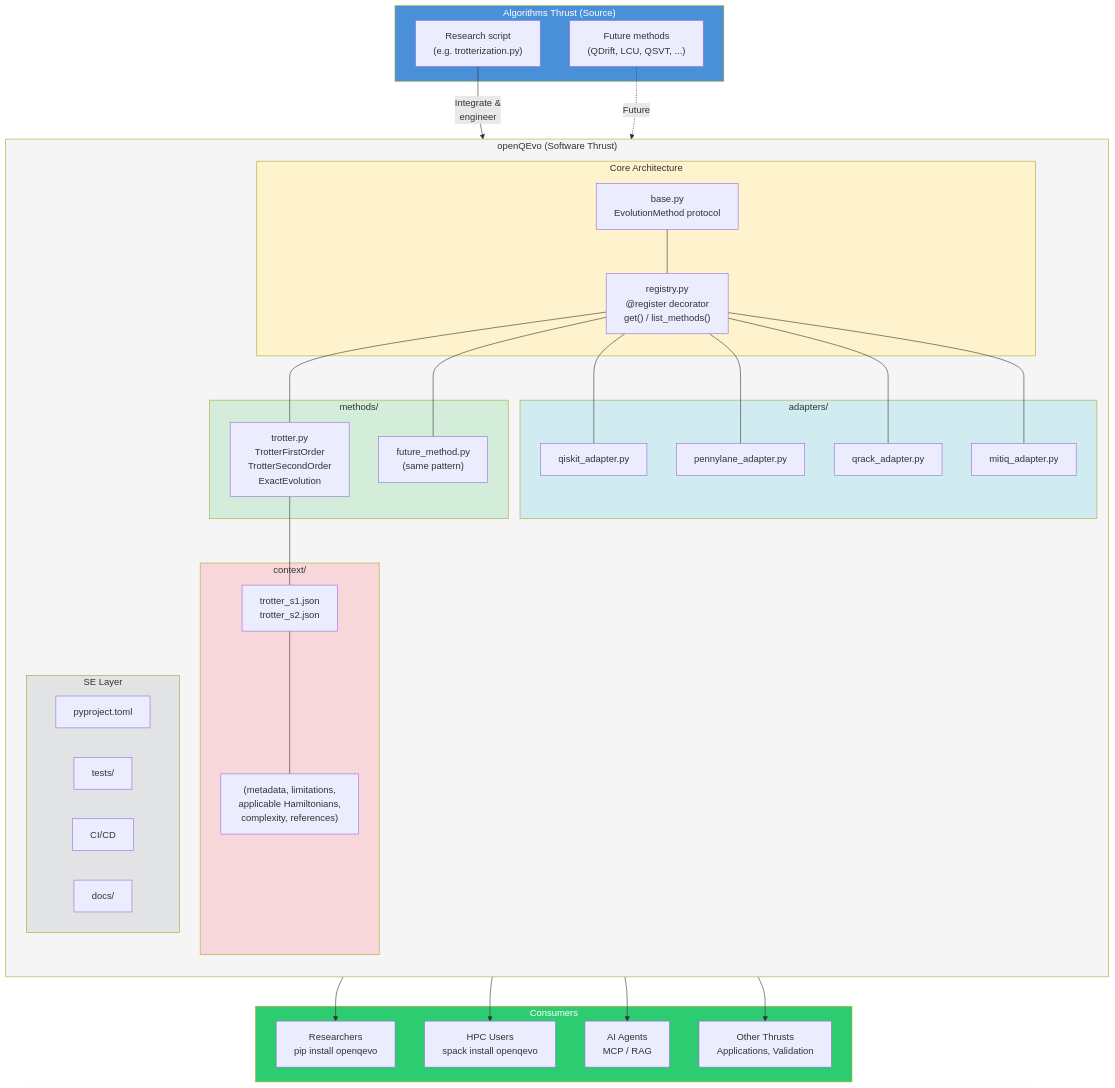
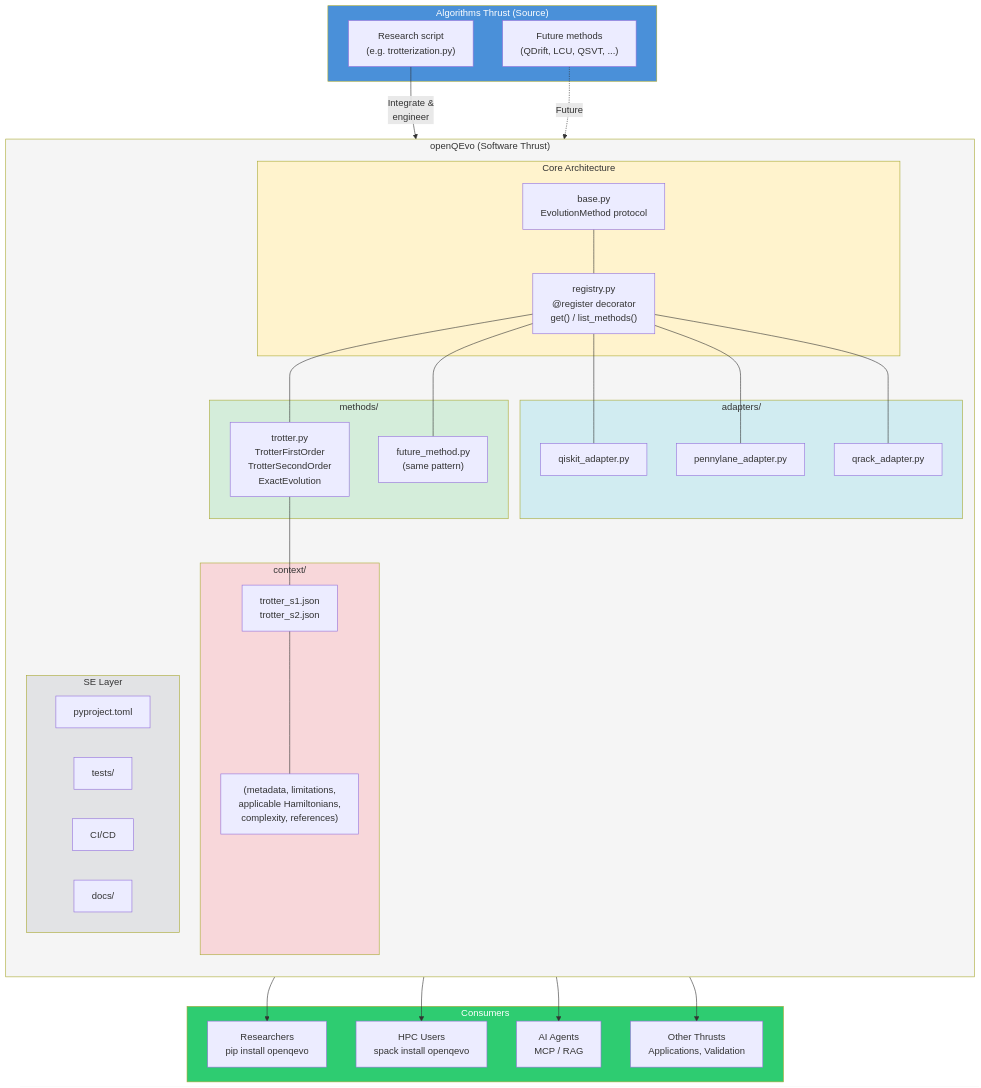
One commit to QSCSoftwareEcosystem/OpenQEvo changed the first of 2 diagrams in docs/architecture.md. Above: the diagram before and after it, drawn with Mermaid. The commit also changed other lines of this file and 2 other files, not shown here.

Commit message:
Update roadmap and docs to reflect completed adapters, remove Mitiq references

````diff
--- a/docs/architecture.md
+++ b/docs/architecture.md
@@ -10,72 +10,70 @@
 ```mermaid
 flowchart TB
     subgraph INPUT ["Algorithms Thrust (Source)"]
         A1["Research script\n(e.g. trotterization.py)"]
         A2["Future methods\n(QDrift, LCU, QSVT, ...)"]
     end
 
     subgraph OPENQEVO ["openQEvo (Software Thrust)"]
         direction TB
 
         subgraph CORE ["Core Architecture"]
             B1["base.py\nEvolutionMethod protocol"]
             B2["registry.py\n@register decorator\nget() / list_methods()"]
         end
 
         subgraph METHODS ["methods/"]
             M1["trotter.py\nTrotterFirstOrder\nTrotterSecondOrder\nExactEvolution"]
             M2["future_method.py\n(same pattern)"]
         end
 
         subgraph ADAPTERS ["adapters/"]
             AD1["qiskit_adapter.py"]
             AD2["pennylane_adapter.py"]
             AD3["qrack_adapter.py"]
-            AD4["mitiq_adapter.py"]
         end
 
         subgraph CONTEXT ["context/"]
             C1["trotter_s1.json\ntrotter_s2.json"]
             C2["(metadata, limitations,\napplicable Hamiltonians,\ncomplexity, references)"]
         end
 
         subgraph QUALITY ["SE Layer"]
             Q1["pyproject.toml"]
             Q2["tests/"]
             Q3["CI/CD"]
             Q4["docs/"]
         end
     end
 
     subgraph CONSUMERS ["Consumers"]
         U1["Researchers\npip install openqevo"]
         U2["HPC Users\nspack install openqevo"]
         U3["AI Agents\nMCP / RAG"]
         U4["Other Thrusts\nApplications, Validation"]
     end
 
     A1 -->|"Integrate &\nengineer"| M1
     A2 -.->|"Future"| M2
     B1 --- B2
     B2 --- M1
     B2 --- M2
     B2 --- AD1
     B2 --- AD2
     B2 --- AD3
-    B2 --- AD4
     M1 --- C1
     C1 --- C2
     OPENQEVO --> U1
     OPENQEVO --> U2
     OPENQEVO --> U3
     OPENQEVO --> U4
 
     style INPUT fill:#4a90d9,color:#fff
     style OPENQEVO fill:#f5f5f5,color:#333
     style CONSUMERS fill:#2ecc71,color:#fff
     style CORE fill:#fff3cd,color:#333
     style METHODS fill:#d4edda,color:#333
     style ADAPTERS fill:#d1ecf1,color:#333
     style CONTEXT fill:#f8d7da,color:#333
     style QUALITY fill:#e2e3e5,color:#333
 ```
````
